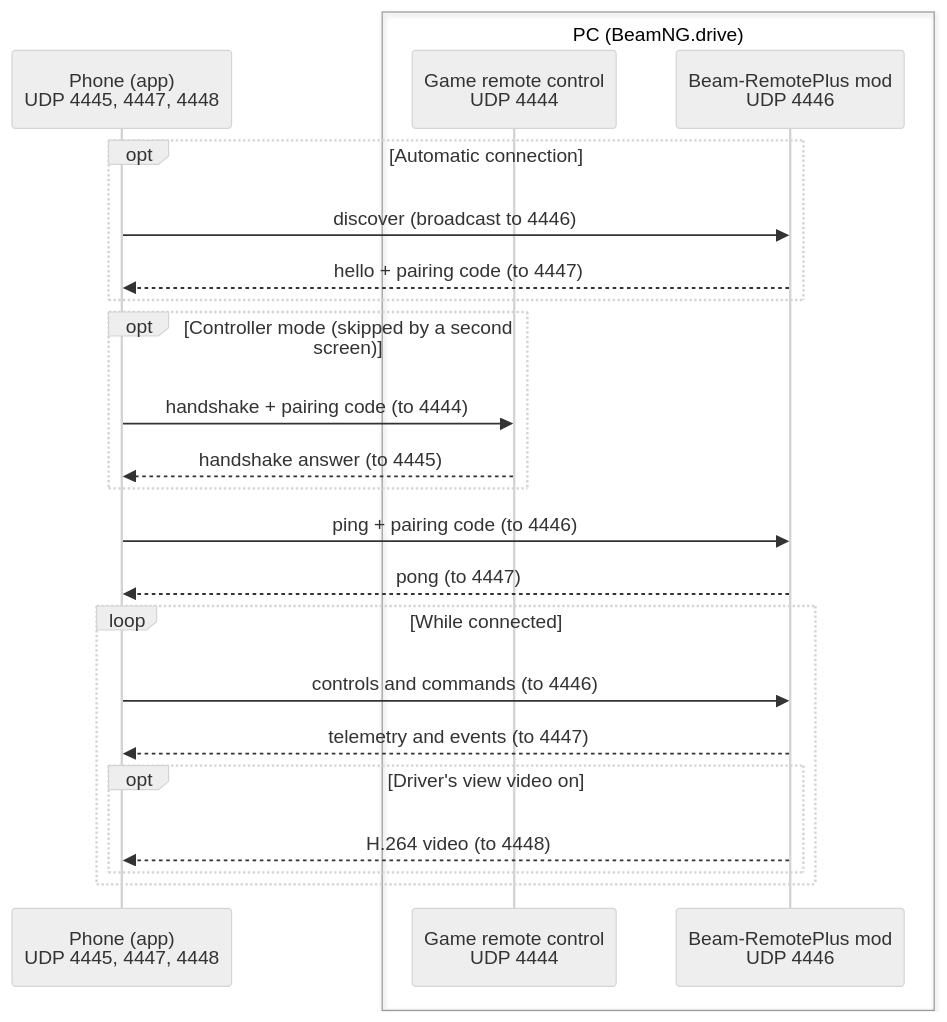
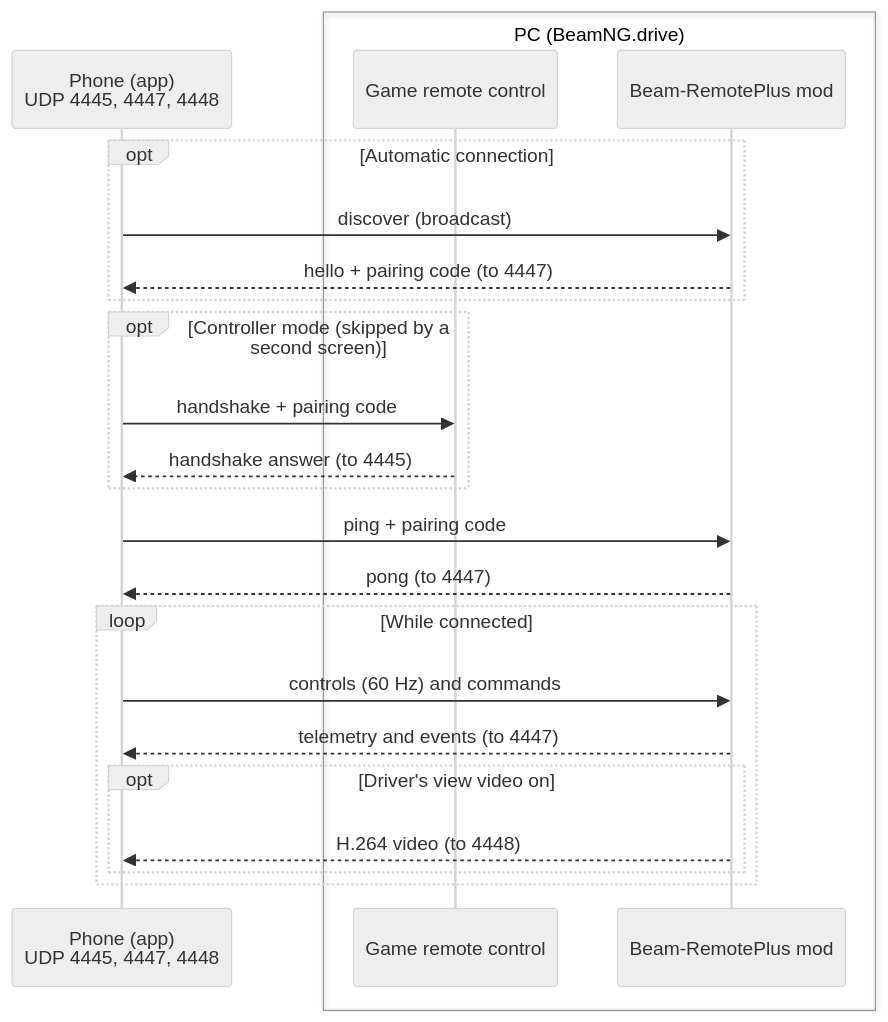
The diagram in README.md (LucienLassalle/Beam-RemotePlus-Mobile), drawn with Mermaid (neutral theme) before and after one commit. The commit also changed other lines of this file and 1 other file, not shown here.

````diff
--- a/README.md
+++ b/README.md
@@ -136,25 +137,25 @@
 ```mermaid
 sequenceDiagram
     participant P as Phone (app)<br/>UDP 4445, 4447, 4448
     box PC (BeamNG.drive)
-        participant G as Game remote control<br/>UDP 4444
-        participant M as Beam-RemotePlus mod<br/>UDP 4446
+        participant G as Game remote control
+        participant M as Beam-RemotePlus mod
     end
     opt Automatic connection
-        P->>M: discover (broadcast to 4446)
+        P->>M: discover (broadcast)
         M-->>P: hello + pairing code (to 4447)
     end
     opt Controller mode (skipped by a second screen)
-        P->>G: handshake + pairing code (to 4444)
+        P->>G: handshake + pairing code
         G-->>P: handshake answer (to 4445)
     end
-    P->>M: ping + pairing code (to 4446)
+    P->>M: ping + pairing code
     M-->>P: pong (to 4447)
     loop While connected
-        P->>M: controls and commands (to 4446)
+        P->>M: controls (60 Hz) and commands
         M-->>P: telemetry and events (to 4447)
         opt Driver's view video on
             M-->>P: H.264 video (to 4448)
         end
     end
 ```
````
